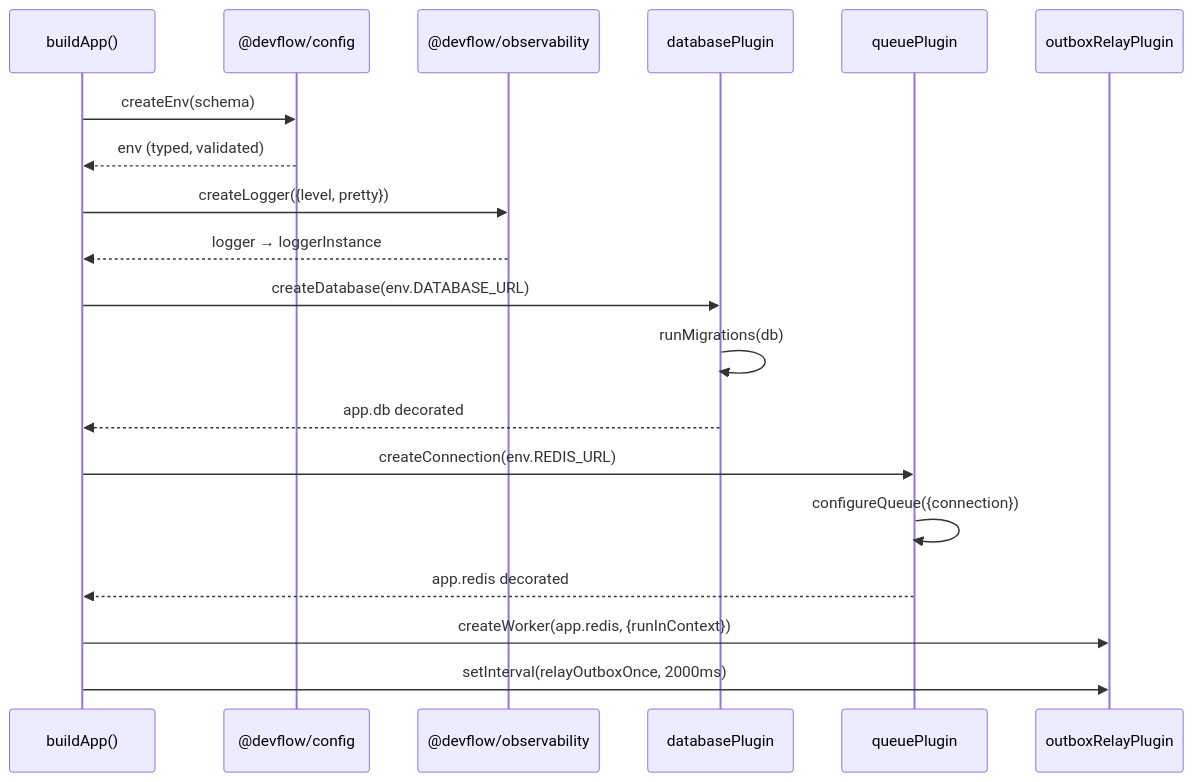
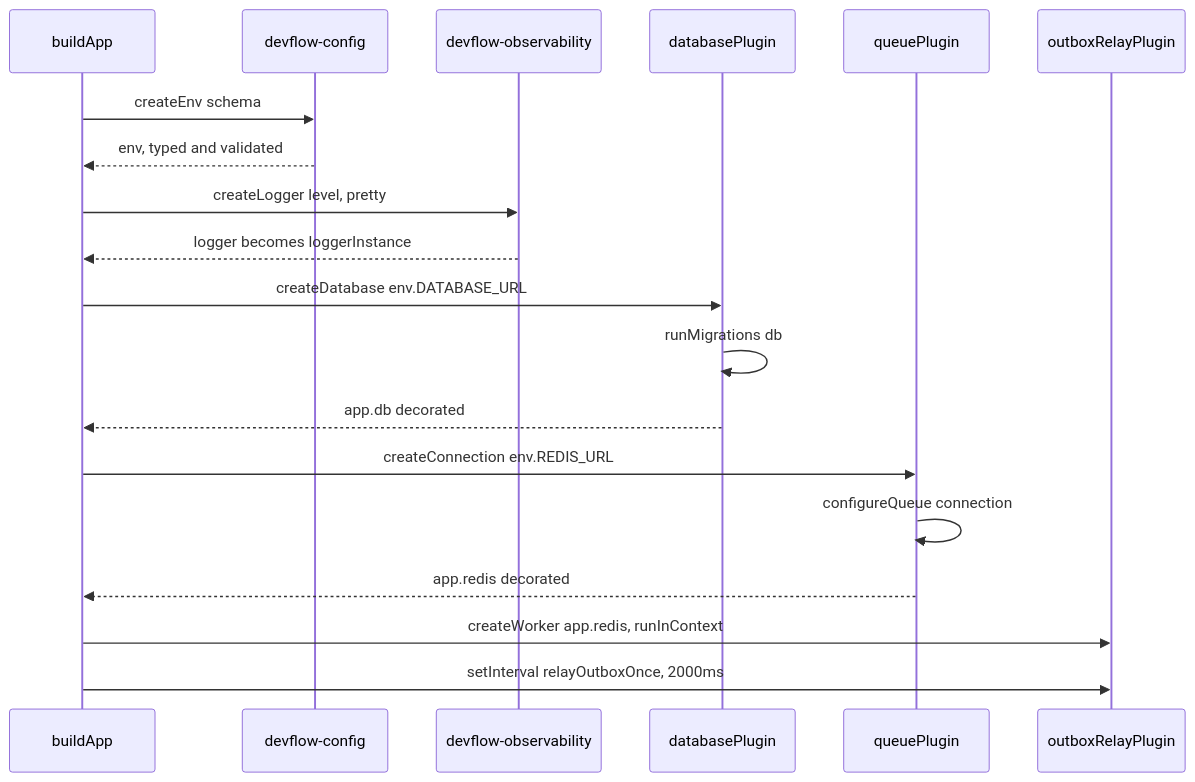
One commit to arjun40779/devflow changed the second of 4 diagrams in apps/api/docs/orchestration.md. Above: the diagram before and after it, drawn with Mermaid. The commit also changed other lines of this file, not shown here.

First line of the commit message:
docs: simplify Mermaid syntax in orchestration.md

````diff
--- a/apps/api/docs/orchestration.md
+++ b/apps/api/docs/orchestration.md
@@ -56,22 +56,22 @@
 ```mermaid
 sequenceDiagram
-    participant Boot as buildApp()
-    participant Cfg as @devflow/config
-    participant Obs as @devflow/observability
+    participant Boot as buildApp
+    participant Cfg as devflow-config
+    participant Obs as devflow-observability
     participant DB as databasePlugin
     participant Q as queuePlugin
     participant Relay as outboxRelayPlugin
 
-    Boot->>Cfg: createEnv(schema)
-    Cfg-->>Boot: env (typed, validated)
-    Boot->>Obs: createLogger({level, pretty})
-    Obs-->>Boot: logger → loggerInstance
-    Boot->>DB: createDatabase(env.DATABASE_URL)
-    DB->>DB: runMigrations(db)
+    Boot->>Cfg: createEnv schema
+    Cfg-->>Boot: env, typed and validated
+    Boot->>Obs: createLogger level, pretty
+    Obs-->>Boot: logger becomes loggerInstance
+    Boot->>DB: createDatabase env.DATABASE_URL
+    DB->>DB: runMigrations db
     DB-->>Boot: app.db decorated
-    Boot->>Q: createConnection(env.REDIS_URL)
-    Q->>Q: configureQueue({connection})
+    Boot->>Q: createConnection env.REDIS_URL
+    Q->>Q: configureQueue connection
     Q-->>Boot: app.redis decorated
-    Boot->>Relay: createWorker(app.redis, {runInContext})
-    Boot->>Relay: setInterval(relayOutboxOnce, 2000ms)
+    Boot->>Relay: createWorker app.redis, runInContext
+    Boot->>Relay: setInterval relayOutboxOnce, 2000ms
 ```
````
